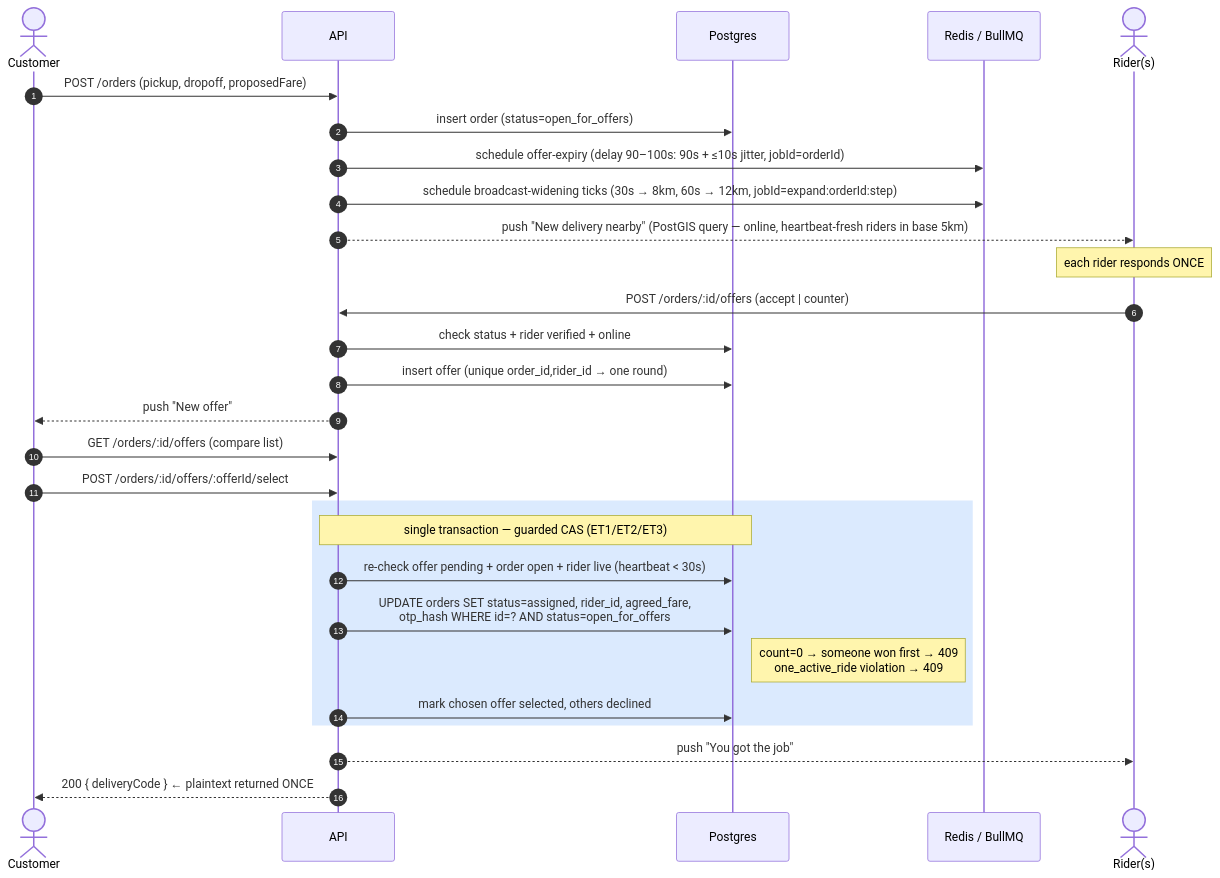
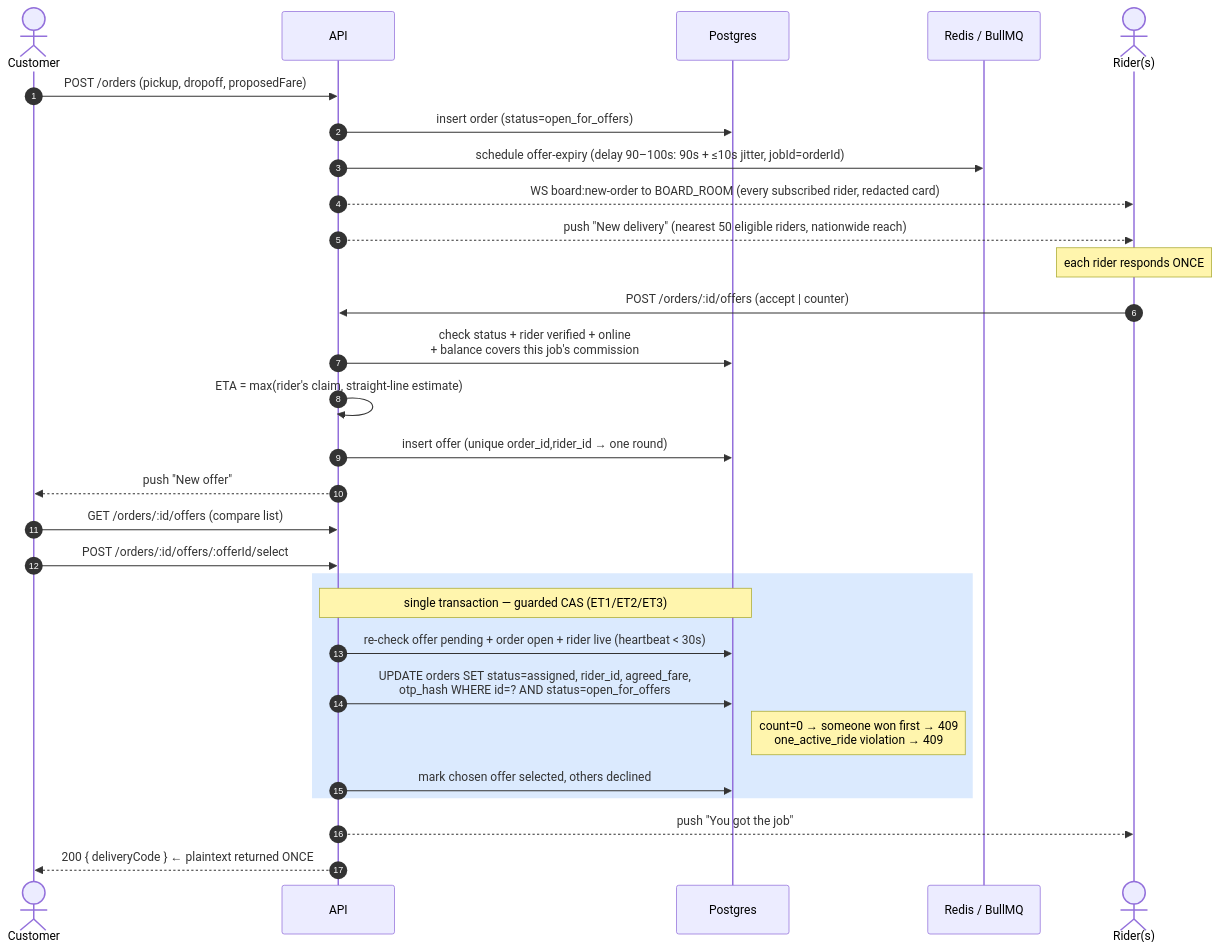
Before and after one commit to unnfazzed/Lynia: the seventh of 17 diagrams in docs/ARCHITECTURE.md, drawn with Mermaid. The commit also changed other lines of this file and 64 other files, not shown here.

````diff
--- a/docs/ARCHITECTURE.md
+++ b/docs/ARCHITECTURE.md
@@ -556,35 +613,36 @@
 ```mermaid
 sequenceDiagram
     autonumber
     actor C as Customer
     participant API
     participant DB as Postgres
     participant Q as Redis / BullMQ
     actor R as Rider(s)
 
     C->>API: POST /orders (pickup, dropoff, proposedFare)
     API->>DB: insert order (status=open_for_offers)
     API->>Q: schedule offer-expiry (delay 90–100s: 90s + ≤10s jitter, jobId=orderId)
-    API->>Q: schedule broadcast-widening ticks (30s → 8km, 60s → 12km, jobId=expand:orderId:step)
-    API-->>R: push "New delivery nearby" (PostGIS query — online, heartbeat-fresh riders in base 5km)
+    API-->>R: WS board:new-order to BOARD_ROOM (every subscribed rider, redacted card)
+    API-->>R: push "New delivery" (nearest 50 eligible riders, nationwide reach)
 
     Note over R: each rider responds ONCE
     R->>API: POST /orders/:id/offers (accept | counter)
-    API->>DB: check status + rider verified + online
+    API->>DB: check status + rider verified + online<br/>+ balance covers this job's commission
+    API->>API: ETA = max(rider's claim, straight-line estimate)
     API->>DB: insert offer (unique order_id,rider_id → one round)
     API-->>C: push "New offer"
 
     C->>API: GET /orders/:id/offers (compare list)
     C->>API: POST /orders/:id/offers/:offerId/select
 
     rect rgb(219, 234, 254)
     Note over API,DB: single transaction — guarded CAS (ET1/ET2/ET3)
     API->>DB: re-check offer pending + order open + rider live (heartbeat < 30s)
     API->>DB: UPDATE orders SET status=assigned, rider_id, agreed_fare,<br/>otp_hash WHERE id=? AND status=open_for_offers
     Note right of DB: count=0 → someone won first → 409<br/>one_active_ride violation → 409
     API->>DB: mark chosen offer selected, others declined
     end
 
     API-->>R: push "You got the job"
     API-->>C: 200 { deliveryCode }  ← plaintext returned ONCE
 ```
````
